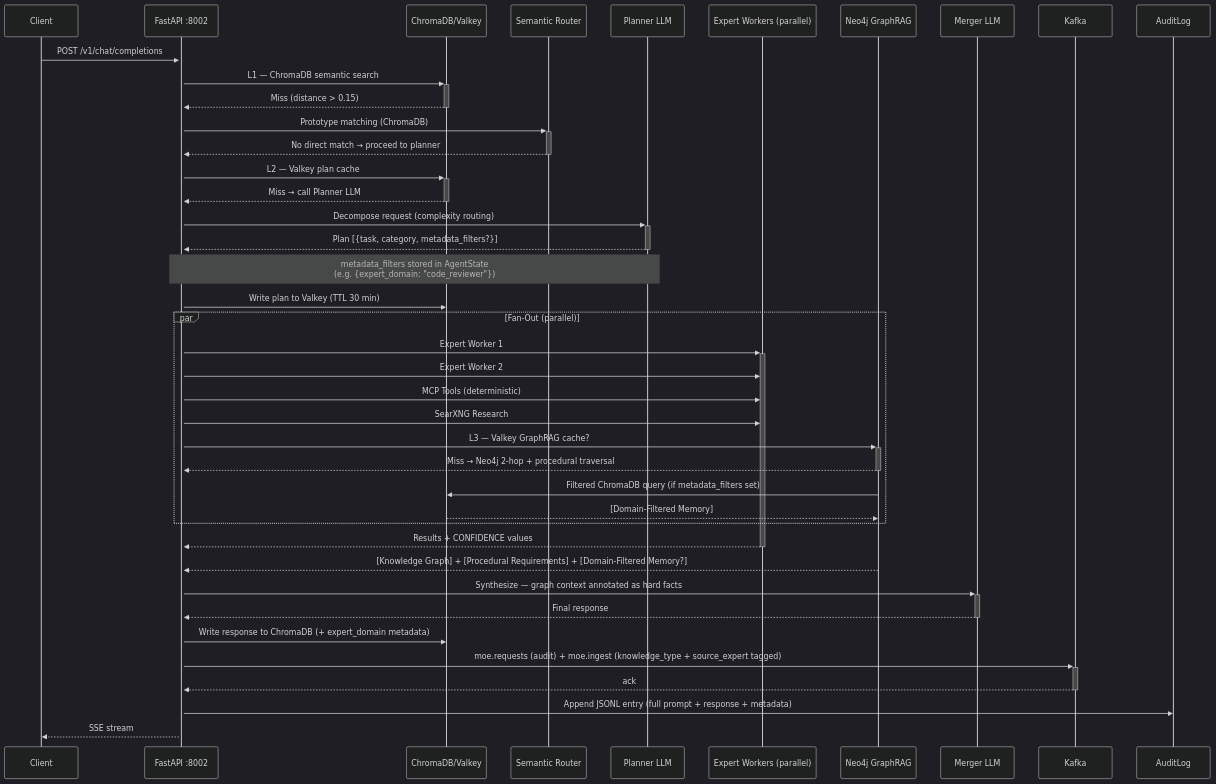
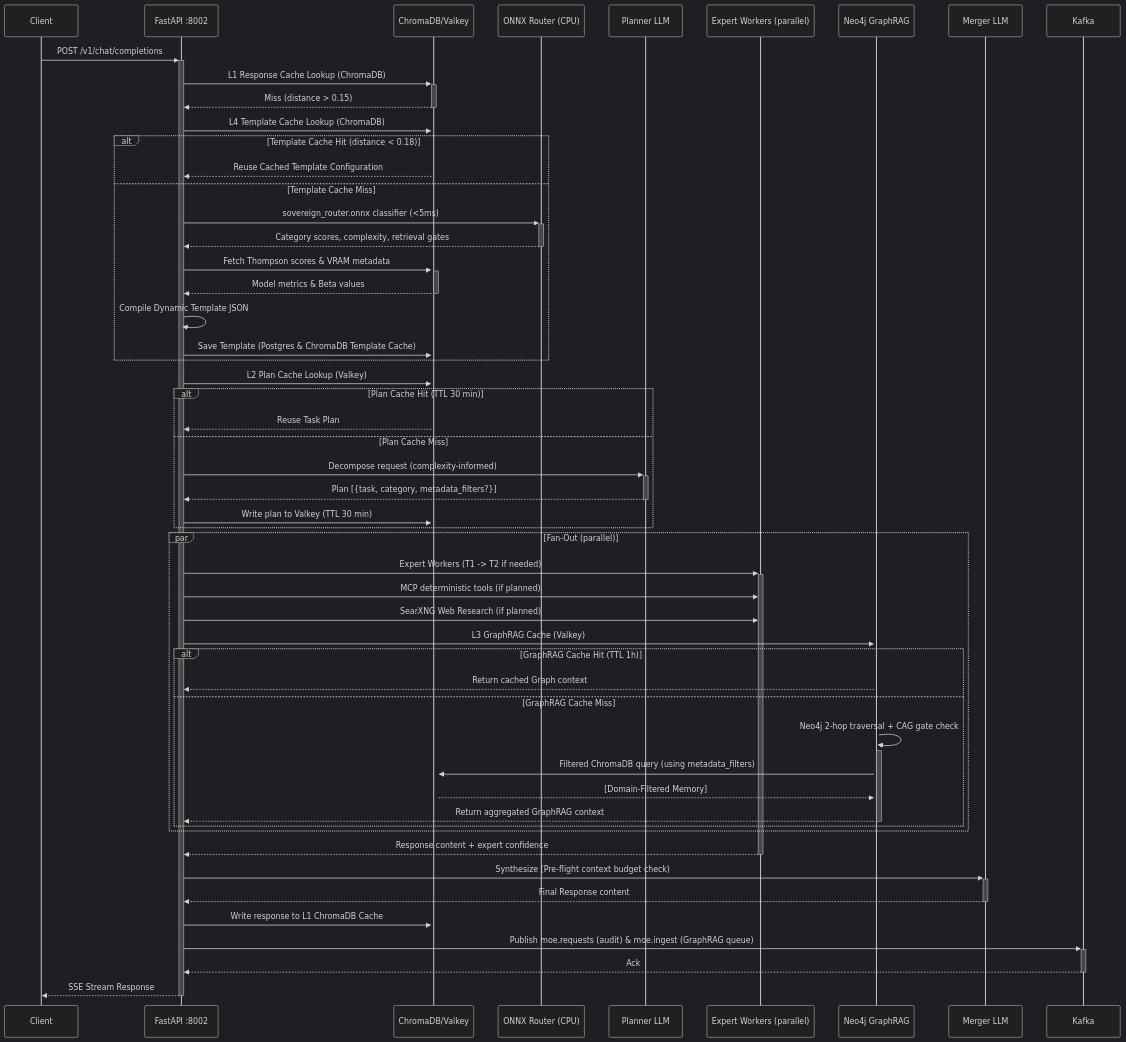
Before and after one commit to h3rb3rn/moe-sovereign: the first of 4 diagrams in docs/system/dataflow.md, drawn with Mermaid (dark theme). The commit also changed other lines of this file and 46 other files, not shown here.

Commit message:
Sync from dev: update documentation with masked EuroHPC grant, add dynamic router, integrate ONNX gating classifier, and resolve hardcoded credentials

````diff
--- a/docs/system/dataflow.md
+++ b/docs/system/dataflow.md
@@ -5,48 +11,68 @@
 ```mermaid
 sequenceDiagram
     participant Client
     participant API as FastAPI :8002
     participant Cache as ChromaDB/Valkey
-    participant Router as Semantic Router
+    participant ONNX as ONNX Router (CPU)
     participant Planner as Planner LLM
     participant Experts as Expert Workers (parallel)
     participant Graph as Neo4j GraphRAG
     participant Merger as Merger LLM
     participant Kafka
 
     Client->>+API: POST /v1/chat/completions
-    API->>+Cache: L1 — ChromaDB semantic search
+    
+    %% L1 Cache Check
+    API->>+Cache: L1 Response Cache Lookup (ChromaDB)
     Cache-->>-API: Miss (distance > 0.15)
-
-    API->>+Router: Prototype matching (ChromaDB)
-    Router-->>-API: No direct match → proceed to planner
-
-    API->>+Cache: L2 — Valkey plan cache
-    Cache-->>-API: Miss → call Planner LLM
-    API->>+Planner: Decompose request (complexity routing)
-    Planner-->>-API: Plan [{task, category, metadata_filters?}]
-    Note over Planner,API: metadata_filters stored in AgentState<br/>(e.g. {expert_domain: "code_reviewer"})
-    API->>Cache: Write plan to Valkey (TTL 30 min)
-
+    
+    %% IMoE Gating Layer
+    API->>+Cache: L4 Template Cache Lookup (ChromaDB)
+    alt Template Cache Hit (distance < 0.18)
+        Cache-->>API: Reuse Cached Template Configuration
+    else Template Cache Miss
+        API->>+ONNX: sovereign_router.onnx classifier (<5ms)
+        ONNX-->>-API: Category scores, complexity, retrieval gates
+        API->>+Cache: Fetch Thompson scores & VRAM metadata
+        Cache-->>-API: Model metrics & Beta values
+        API->>API: Compile Dynamic Template JSON
+        API->>Cache: Save Template (Postgres & ChromaDB Template Cache)
+    end
+    
+    %% L2 Plan Cache
+    API->>+Cache: L2 Plan Cache Lookup (Valkey)
+    alt Plan Cache Hit (TTL 30 min)
+        Cache-->>API: Reuse Task Plan
+    else Plan Cache Miss
+        API->>+Planner: Decompose request (complexity-informed)
+        Planner-->>-API: Plan [{task, category, metadata_filters?}]
+        API->>Cache: Write plan to Valkey (TTL 30 min)
+    end
+    
+    %% Parallel Fan-out
     par Fan-Out (parallel)
-        API->>+Experts: Expert Worker 1
-        API->>Experts: Expert Worker 2
-        API->>Experts: MCP Tools (deterministic)
-        API->>Experts: SearXNG Research
-        API->>+Graph: L3 — Valkey GraphRAG cache?
-        Graph-->>-API: Miss → Neo4j 2-hop + procedural traversal
-        Graph->>Cache: Filtered ChromaDB query (if metadata_filters set)
-        Cache-->>Graph: [Domain-Filtered Memory]
+        API->>+Experts: Expert Workers (T1 -> T2 if needed)
+        API->>Experts: MCP deterministic tools (if planned)
+        API->>Experts: SearXNG Web Research (if planned)
+        API->>+Graph: L3 GraphRAG Cache (Valkey)
+        alt GraphRAG Cache Hit (TTL 1h)
+            Graph-->>API: Return cached Graph context
+        else GraphRAG Cache Miss
+            Graph->>+Graph: Neo4j 2-hop traversal + CAG gate check
+            Graph->>Cache: Filtered ChromaDB query (using metadata_filters)
+            Cache-->>Graph: [Domain-Filtered Memory]
+            Graph-->>-API: Return aggregated GraphRAG context
+        end
     end
-    Experts-->>-API: Results + CONFIDENCE values
-    Graph-->>API: [Knowledge Graph] + [Procedural Requirements] + [Domain-Filtered Memory?]
-
-    API->>+Merger: Synthesize — graph context annotated as hard facts
-    Merger-->>-API: Final response
-
-    API->>Cache: Write response to ChromaDB (+ expert_domain metadata)
-    API->>+Kafka: moe.requests (audit) + moe.ingest (knowledge_type + source_expert tagged)
-    Kafka-->>-API: ack
-    API->>AuditLog: Append JSONL entry (full prompt + response + metadata)
-    API-->>Client: SSE stream
+    Experts-->>-API: Response content + expert confidence
+    
+    %% Response Synthesis
+    API->>+Merger: Synthesize (Pre-flight context budget check)
+    Merger-->>-API: Final Response content
+    
+    %% Post-request write-backs
+    API->>Cache: Write response to L1 ChromaDB Cache
+    API->>+Kafka: Publish moe.requests (audit) & moe.ingest (GraphRAG queue)
+    Kafka-->>-API: Ack
+    API-->>-Client: SSE Stream Response
 ```
````
